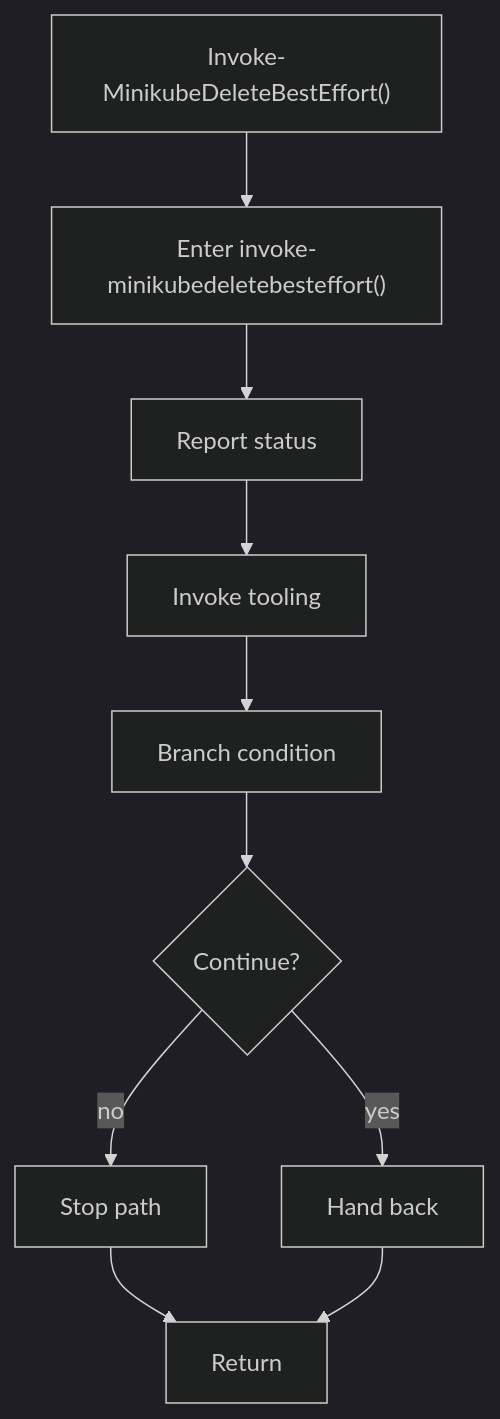
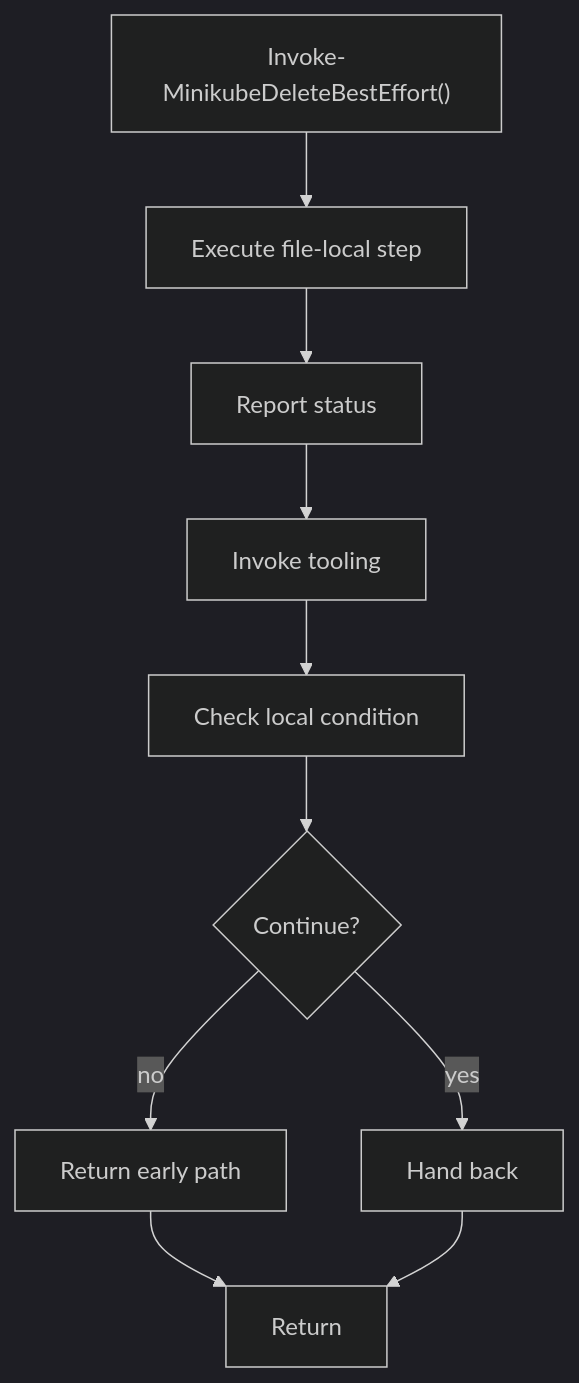
One commit to JohnAndrewBalbarosa/NeoTerritory changed the diagram in docs/Codebase/Infrastructure/session-orchestration/bootstrap_and_deploy/functions/invoke_minikubedeletebesteffort.ps1.md. Above: the diagram before and after it, drawn with Mermaid (dark theme). The commit also changed other lines of this file and 915 other files, not shown here.

````diff
--- a/docs/Codebase/Infrastructure/session-orchestration/bootstrap_and_deploy/functions/invoke_minikubedeletebesteffort.ps1.md
+++ b/docs/Codebase/Infrastructure/session-orchestration/bootstrap_and_deploy/functions/invoke_minikubedeletebesteffort.ps1.md
@@ -19,21 +19,21 @@
 ```mermaid
 flowchart TD
     Start["Invoke-MinikubeDeleteBestEffort()"]
-    N0["Enter invoke-minikubedeletebesteffort()"]
+    N0["Execute file-local step"]
     N1["Report status"]
     N2["Invoke tooling"]
-    N3["Branch condition"]
+    N3["Check local condition"]
     D3{"Continue?"}
-    R3["Stop path"]
+    R3["Return early path"]
     N4["Hand back"]
     End["Return"]
     Start --> N0
     N0 --> N1
     N1 --> N2
     N2 --> N3
     N3 --> D3
     D3 -->|yes| N4
     D3 -->|no| R3
     R3 --> End
     N4 --> End
 ```
````
